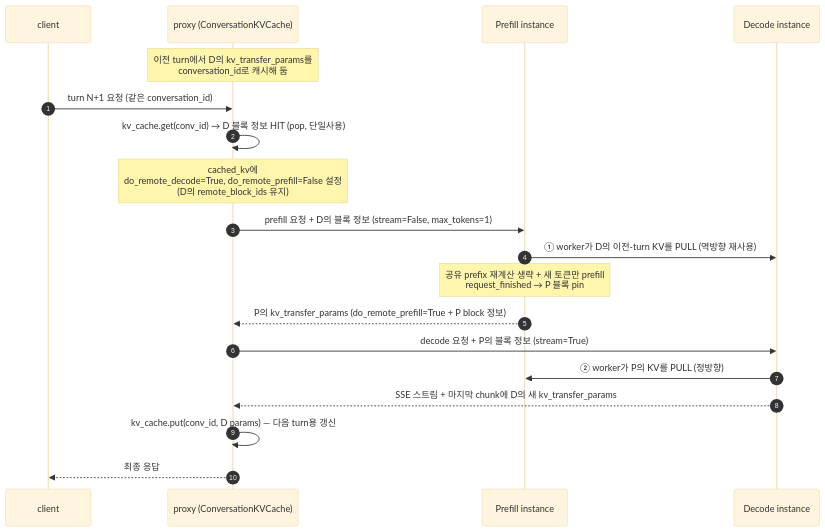
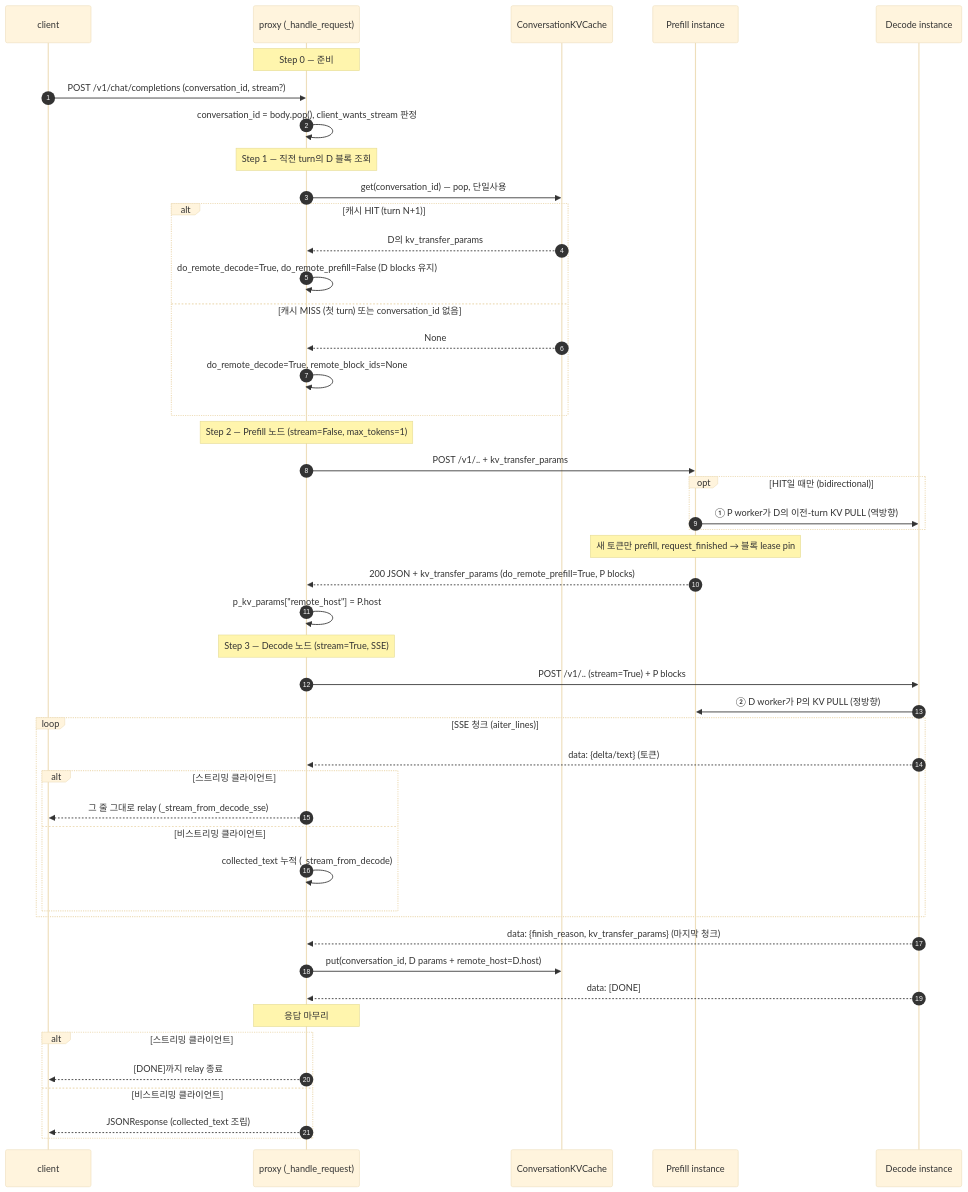
Before and after one commit to bobsiunn/vllm-study: the seventh of 7 diagrams in docs/study/v1_pd_connector_communication_ko.md, drawn with Mermaid (base theme). The commit also changed other lines of this file, not shown here.

Commit message:
docs: expand multi-turn proxy flow (Step 0~end) with SSE streaming

````diff
--- a/docs/study/v1_pd_connector_communication_ko.md
+++ b/docs/study/v1_pd_connector_communication_ko.md
@@ -224,22 +226,54 @@
 ```mermaid
 sequenceDiagram
     autonumber
     participant Cl as client
-    participant Px as proxy (ConversationKVCache)
+    participant Px as proxy (_handle_request)
+    participant Ca as ConversationKVCache
     participant P as Prefill instance
     participant D as Decode instance
 
-    Note over Px: 이전 turn에서 D의 kv_transfer_params를<br/>conversation_id로 캐시해 둠
-    Cl->>Px: turn N+1 요청 (같은 conversation_id)
-    Px->>Px: kv_cache.get(conv_id) → D 블록 정보 HIT (pop, 단일사용)
-    Note over Px: cached_kv에<br/>do_remote_decode=True, do_remote_prefill=False 설정<br/>(D의 remote_block_ids 유지)
-    Px->>P: prefill 요청 + D의 블록 정보 (stream=False, max_tokens=1)
-    P->>D: ① worker가 D의 이전-turn KV를 PULL (역방향 재사용)
-    Note over P: 공유 prefix 재계산 생략 + 새 토큰만 prefill<br/>request_finished → P 블록 pin
-    P-->>Px: P의 kv_transfer_params (do_remote_prefill=True + P block 정보)
-    Px->>D: decode 요청 + P의 블록 정보 (stream=True)
-    D->>P: ② worker가 P의 KV를 PULL (정방향)
-    D-->>Px: SSE 스트림 + 마지막 chunk에 D의 새 kv_transfer_params
-    Px->>Px: kv_cache.put(conv_id, D params) — 다음 turn용 갱신
-    Px-->>Cl: 최종 응답
+    Note over Px: Step 0 — 준비
+    Cl->>Px: POST /v1/chat/completions (conversation_id, stream?)
+    Px->>Px: conversation_id = body.pop(), client_wants_stream 판정
+
+    Note over Px: Step 1 — 직전 turn의 D 블록 조회
+    Px->>Ca: get(conversation_id) — pop, 단일사용
+    alt 캐시 HIT (turn N+1)
+        Ca-->>Px: D의 kv_transfer_params
+        Px->>Px: do_remote_decode=True, do_remote_prefill=False (D blocks 유지)
+    else 캐시 MISS (첫 turn) 또는 conversation_id 없음
+        Ca-->>Px: None
+        Px->>Px: do_remote_decode=True, remote_block_ids=None
+    end
+
+    Note over Px: Step 2 — Prefill 노드 (stream=False, max_tokens=1)
+    Px->>P: POST /v1/.. + kv_transfer_params
+    opt HIT일 때만 (bidirectional)
+        P->>D: ① P worker가 D의 이전-turn KV PULL (역방향)
+    end
+    Note over P: 새 토큰만 prefill, request_finished → 블록 lease pin
+    P-->>Px: 200 JSON + kv_transfer_params (do_remote_prefill=True, P blocks)
+    Px->>Px: p_kv_params["remote_host"] = P.host
+
+    Note over Px: Step 3 — Decode 노드 (stream=True, SSE)
+    Px->>D: POST /v1/.. (stream=True) + P blocks
+    D->>P: ② D worker가 P의 KV PULL (정방향)
+    loop SSE 청크 (aiter_lines)
+        D-->>Px: data: {delta/text} (토큰)
+        alt 스트리밍 클라이언트
+            Px-->>Cl: 그 줄 그대로 relay (_stream_from_decode_sse)
+        else 비스트리밍 클라이언트
+            Px->>Px: collected_text 누적 (_stream_from_decode)
+        end
+    end
+    D-->>Px: data: {finish_reason, kv_transfer_params} (마지막 청크)
+    Px->>Ca: put(conversation_id, D params + remote_host=D.host)
+    D-->>Px: data: [DONE]
+
+    Note over Px: 응답 마무리
+    alt 스트리밍 클라이언트
+        Px-->>Cl: [DONE]까지 relay 종료
+    else 비스트리밍 클라이언트
+        Px-->>Cl: JSONResponse (collected_text 조립)
+    end
 ```
````
